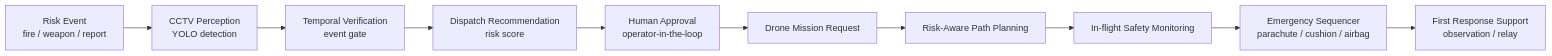
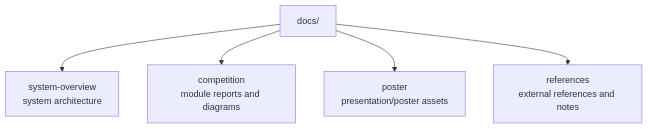
One commit to NeuralMech/public-safety-first-response changed the diagram in docs/README.md. Above: the diagram before and after it, drawn with Mermaid. The commit also changed other lines of this file, not shown here.

````diff
--- a/docs/README.md
+++ b/docs/README.md
@@ -9,12 +7,7 @@
 ```mermaid
-flowchart LR
-    A["Risk Event<br/>fire / weapon / report"] --> B["CCTV Perception<br/>YOLO detection"]
-    B --> C["Temporal Verification<br/>event gate"]
-    C --> D["Dispatch Recommendation<br/>risk score"]
-    D --> E["Human Approval<br/>operator-in-the-loop"]
-    E --> F["Drone Mission Request"]
-    F --> G["Risk-Aware Path Planning"]
-    G --> H["In-flight Safety Monitoring"]
-    H --> I["Emergency Sequencer<br/>parachute / cushion / airbag"]
-    I --> J["First Response Support<br/>observation / relay"]
+flowchart TD
+    A["docs/"] --> B["system-overview<br/>system architecture"]
+    A --> C["competition<br/>module reports and diagrams"]
+    A --> D["poster<br/>presentation/poster assets"]
+    A --> E["references<br/>external references and notes"]
 ```
````
